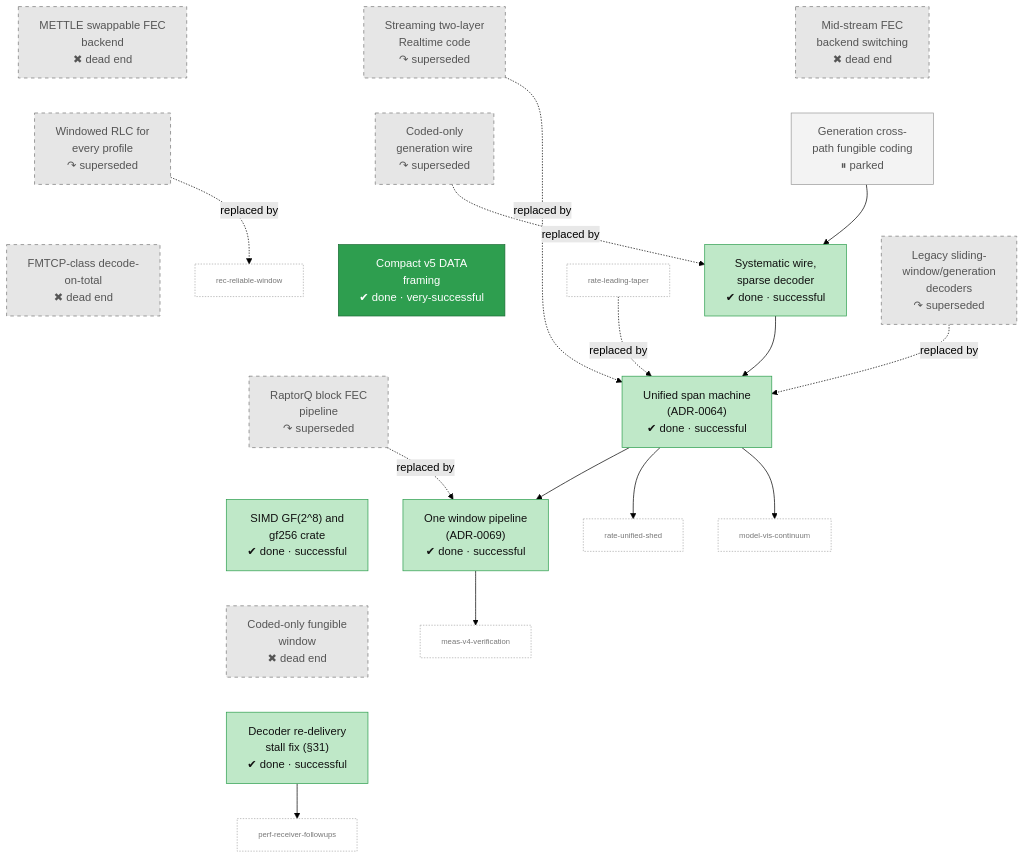
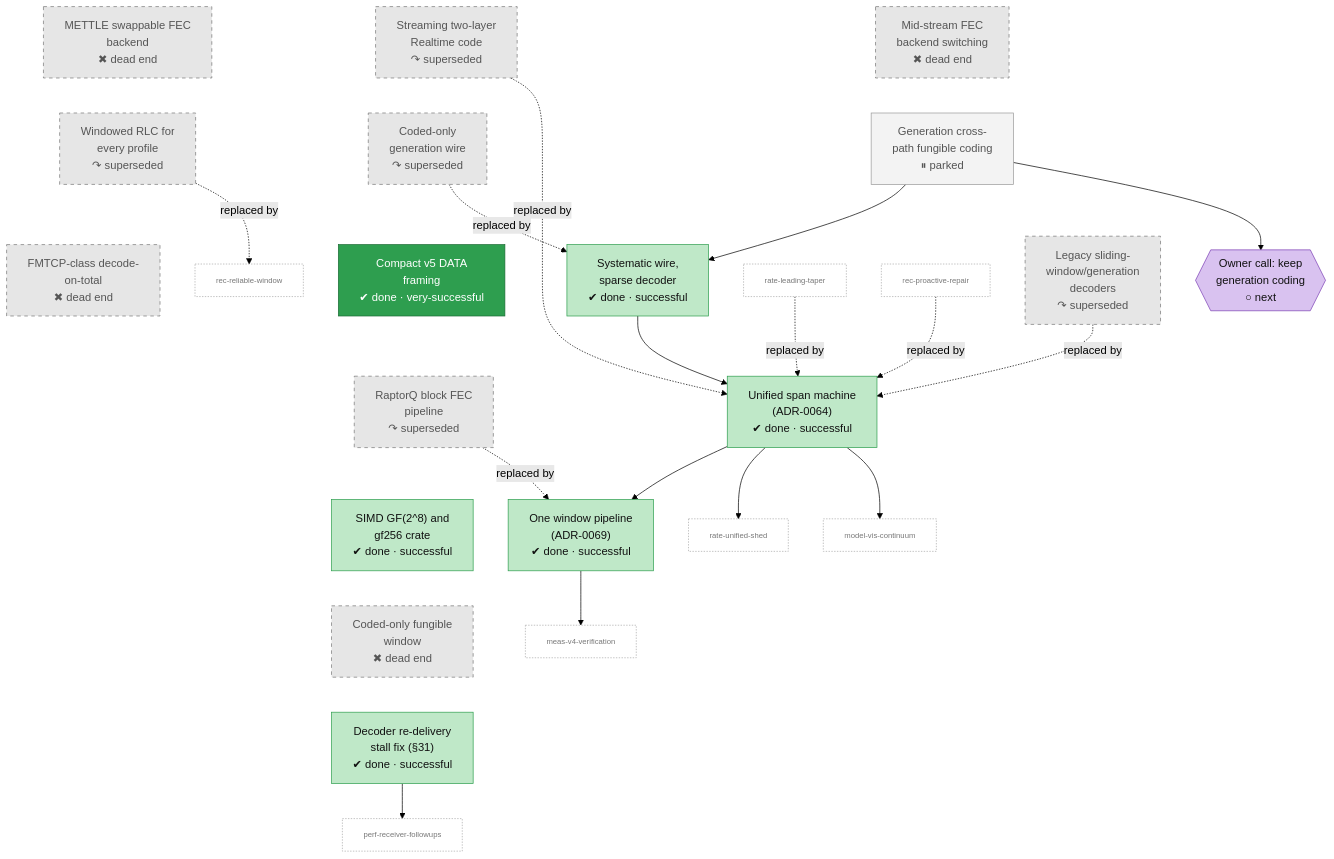
Before and after one commit to lhns/raptorpath: the fourth of 14 diagrams in docs/roadmap.md, drawn with Mermaid (forest theme). The commit also changed other lines of this file and 4 other files, not shown here.

Commit message:
roadmap: reviewed tree - 214 nodes (176 history, 38 forward), plain-language sentences, VM queue as order, open defects, coverage of every plan item; readiness: an open defect does not block its diagnosis

````diff
--- a/docs/roadmap.md
+++ b/docs/roadmap.md
@@ -442,64 +611,70 @@
 ```mermaid
 flowchart TB
     cod_block_pipeline["RaptorQ block FEC<br/>pipeline<br/>↷ superseded"]
     cod_mettle["METTLE swappable FEC<br/>backend<br/>✖ dead end"]
     cod_backend_switch["Mid-stream FEC<br/>backend switching<br/>✖ dead end"]
     cod_streaming_code["Streaming two-layer<br/>Realtime code<br/>↷ superseded"]
     cod_gf256_simd["SIMD GF(2^8) and<br/>gf256 crate<br/>✔ done · successful"]
     cod_rlc_all_profiles["Windowed RLC for<br/>every profile<br/>↷ superseded"]
     cod_generation_coding["Generation cross-<br/>path fungible coding<br/>⏸ parked"]
     cod_coded_only_wire["Coded-only<br/>generation wire<br/>↷ superseded"]
     cod_systematic_wire["Systematic wire,<br/>sparse decoder<br/>✔ done · successful"]
     cod_fungible_window["Coded-only fungible<br/>window<br/>✖ dead end"]
     cod_fmtcp["FMTCP-class decode-<br/>on-total<br/>✖ dead end"]
     cod_legacy_rlc["Legacy sliding-<br/>window/generation<br/>decoders<br/>↷ superseded"]
     cod_unified_span["Unified span machine<br/>(ADR-0064)<br/>✔ done · successful"]
     cod_one_pipeline["One window pipeline<br/>(ADR-0069)<br/>✔ done · successful"]
     cod_wire_compact["Compact v5 DATA<br/>framing<br/>✔ done · very-successful"]
     cod_debug_stall["Decoder re-delivery<br/>stall fix (#167;31)<br/>✔ done · successful"]
+    cod_user_generation_seat{{"Owner call: keep<br/>generation coding<br/>○ next"}}
     cod_block_pipeline ~~~ cod_gf256_simd
     cod_mettle ~~~ cod_rlc_all_profiles
     cod_backend_switch ~~~ cod_generation_coding
     cod_streaming_code ~~~ cod_coded_only_wire
     cod_gf256_simd ~~~ cod_fungible_window
     cod_rlc_all_profiles ~~~ cod_fmtcp
     cod_generation_coding ~~~ cod_legacy_rlc
     cod_coded_only_wire ~~~ cod_wire_compact
     cod_fungible_window ~~~ cod_debug_stall
     x_meas_v4_verification["meas-v4-verification"]
     x_model_vis_continuum["model-vis-continuum"]
     x_perf_receiver_followups["perf-receiver-followups"]
     x_rate_leading_taper["rate-leading-taper"]
     x_rate_unified_shed["rate-unified-shed"]
+    x_rec_proactive_repair["rec-proactive-repair"]
     x_rec_reliable_window["rec-reliable-window"]
     cod_block_pipeline -.->|replaced by| cod_one_pipeline
     cod_streaming_code -.->|replaced by| cod_unified_span
     cod_rlc_all_profiles -.->|replaced by| x_rec_reliable_window
     cod_coded_only_wire -.->|replaced by| cod_systematic_wire
     cod_generation_coding --> cod_systematic_wire
     cod_legacy_rlc -.->|replaced by| cod_unified_span
     cod_systematic_wire --> cod_unified_span
     cod_unified_span --> cod_one_pipeline
+    x_rec_proactive_repair -.->|replaced by| cod_unified_span
     x_rate_leading_taper -.->|replaced by| cod_unified_span
     cod_unified_span --> x_rate_unified_shed
     cod_debug_stall --> x_perf_receiver_followups
     cod_one_pipeline --> x_meas_v4_verification
     cod_unified_span --> x_model_vis_continuum
+    cod_generation_coding --> cod_user_generation_seat
     classDef vsucc fill:#2e9e4f,stroke:#1b6b34,color:#fff
     classDef succ fill:#bfe8c8,stroke:#2e9e4f,color:#111
     classDef mixed fill:#ffd37a,stroke:#c98a00,color:#111
     classDef bad fill:#f28b82,stroke:#b3261e,color:#111
     classDef dead fill:#e6e6e6,stroke:#777,stroke-dasharray:5 5,color:#555
     classDef inprog fill:#a8cdf5,stroke:#1f6fc5,color:#111
     classDef next fill:#fff,stroke:#333,color:#111
     classDef blocked fill:#fff,stroke:#b3261e,stroke-dasharray:2 2,color:#111
     classDef parked fill:#f3f3f3,stroke:#999,color:#555
     classDef unrated fill:#fff,stroke:#333,stroke-dasharray:1 3,color:#111
     classDef userdec fill:#d9c2f0,stroke:#7b3fb5,color:#111
+    classDef defect fill:#ffe0b2,stroke:#d84315,stroke-width:2px,color:#111
     classDef stub fill:#fff,stroke:#aaa,stroke-dasharray:2 2,color:#777,font-size:11px
     class cod_block_pipeline,cod_mettle,cod_backend_switch,cod_streaming_code,cod_rlc_all_profiles,cod_coded_only_wire,cod_fungible_window,cod_fmtcp,cod_legacy_rlc dead
     class cod_gf256_simd,cod_systematic_wire,cod_unified_span,cod_one_pipeline,cod_debug_stall succ
     class cod_generation_coding parked
     class cod_wire_compact vsucc
-    class x_meas_v4_verification,x_model_vis_continuum,x_perf_receiver_followups,x_rate_leading_taper,x_rate_unified_shed,x_rec_reliable_window stub
+    class cod_user_generation_seat userdec
+    class x_meas_v4_verification,x_model_vis_continuum,x_perf_receiver_followups,x_rate_leading_taper,x_rate_unified_shed,x_rec_proactive_repair,x_rec_reliable_window stub
 ```
````
